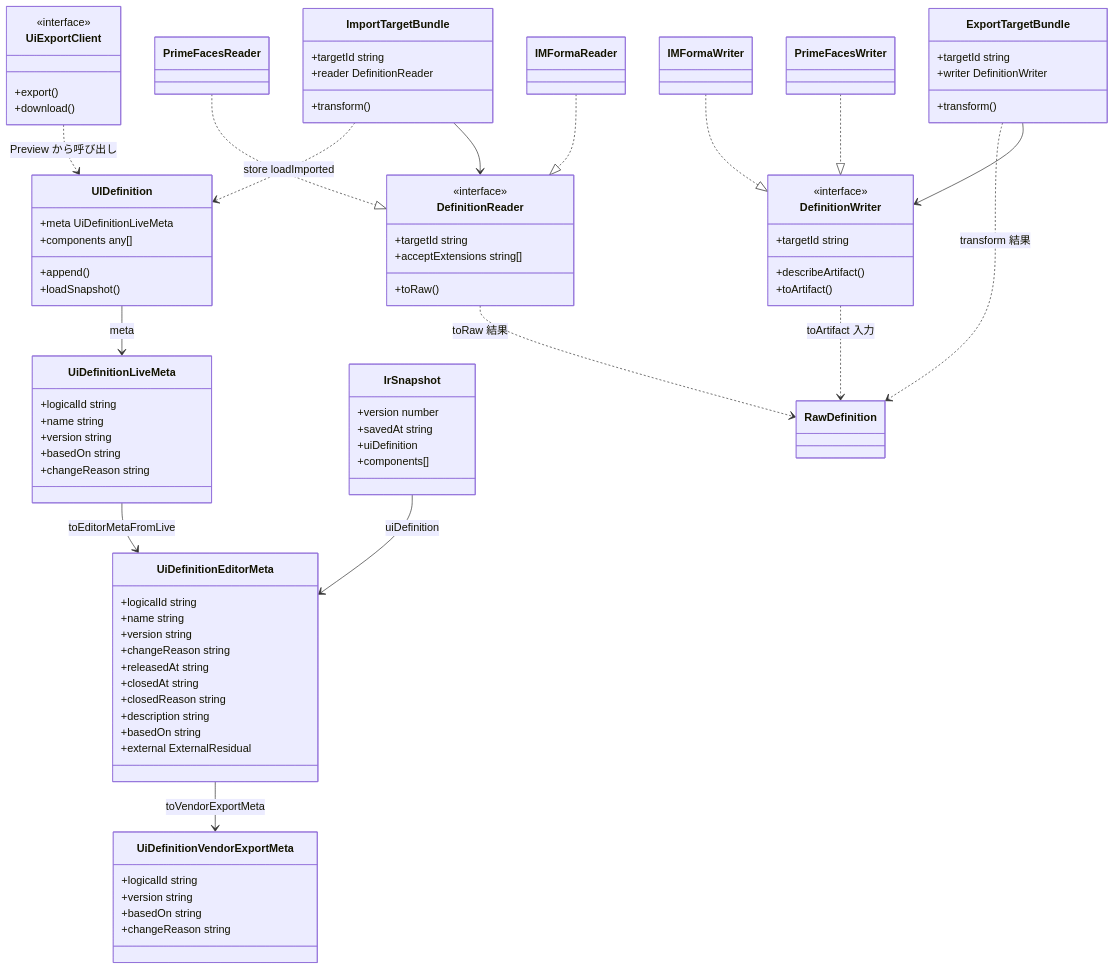
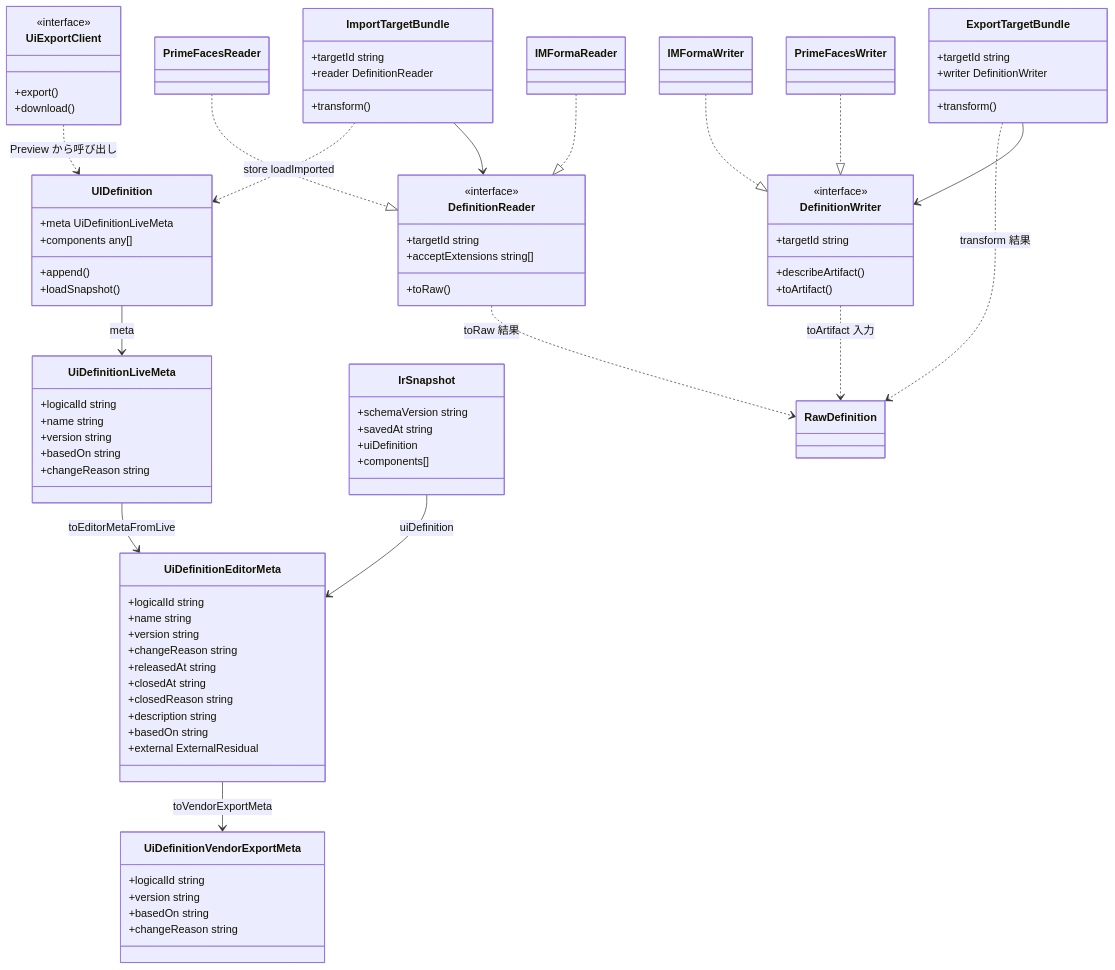
Before and after one commit to tatsuEX/lightweight-ir-modeler: the diagram in docs/architecture/overview.md, drawn with Mermaid. The commit also changed other lines of this file and 4 other files, not shown here.

Commit message:
schemaVersionに関するADRおよびdocs修正

```diff
--- a/docs/architecture/overview.md
+++ b/docs/architecture/overview.md
@@ -150,7 +150,7 @@
   }
 
   class IrSnapshot {
-    +version number
+    +schemaVersion string
     +savedAt string
     +uiDefinition
     +components[]
```
